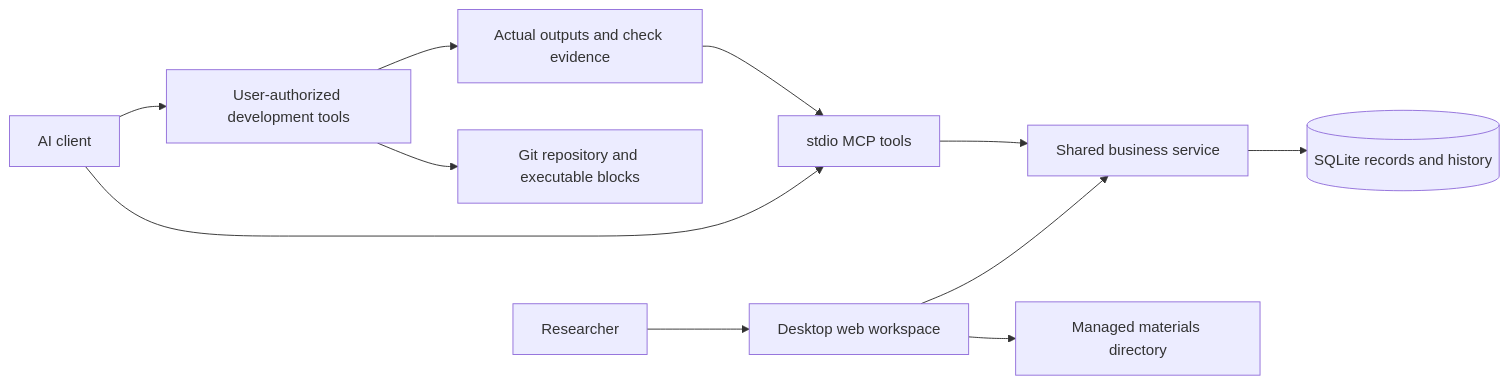
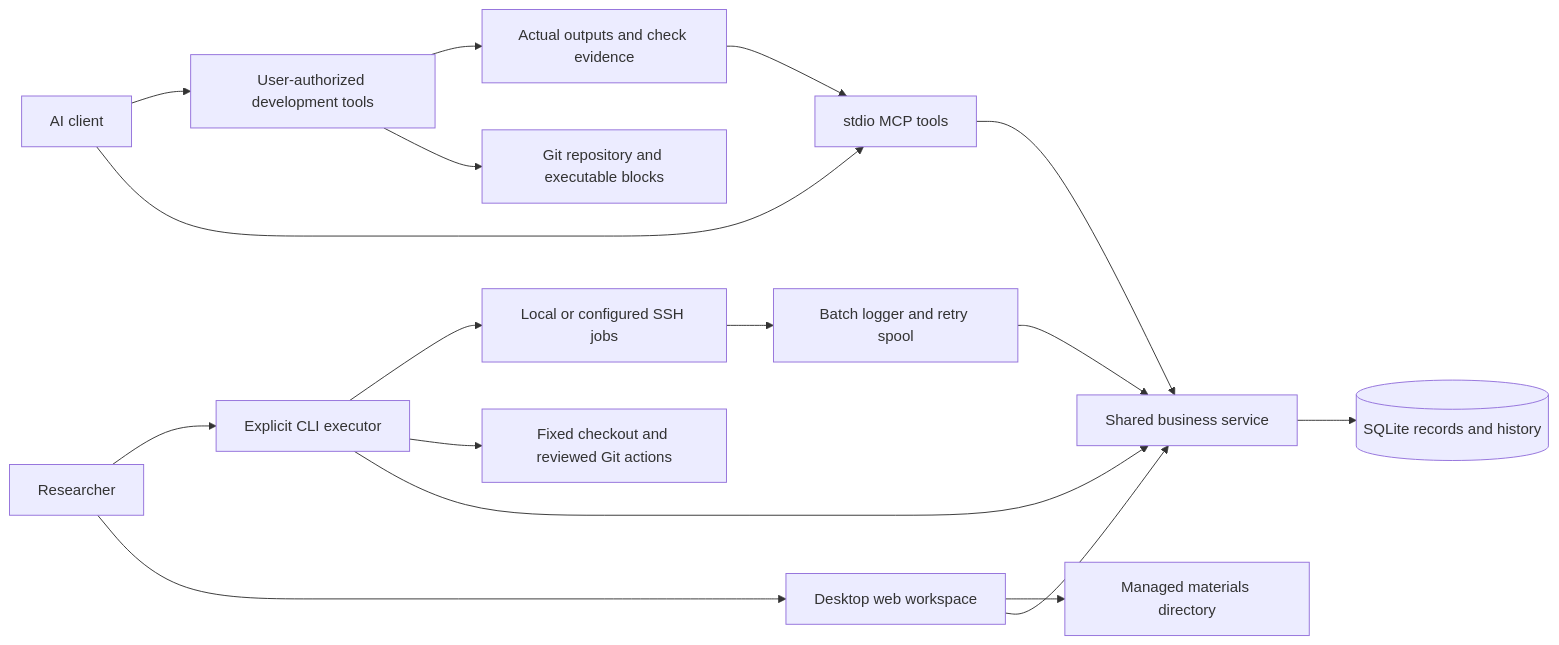
Before and after one commit to BorgDiven/research-workflow-studio: the diagram in docs/architecture.md, drawn with Mermaid. The commit also changed other lines of this file and 75 other files, not shown here.

````diff
--- a/docs/architecture.md
+++ b/docs/architecture.md
@@ -3,13 +3,19 @@
 ```mermaid
 flowchart LR
   Human[Researcher] --> Web[Desktop web workspace]
   AI[AI client] --> MCP[stdio MCP tools]
   Web --> Store[Shared business service]
   MCP --> Store
   Store --> DB[(SQLite records and history)]
   Web --> Materials[Managed materials directory]
   AI --> Dev[User-authorized development tools]
   Dev --> Code[Git repository and executable blocks]
   Dev --> Results[Actual outputs and check evidence]
   Results --> MCP
+  Human --> Runner[Explicit CLI executor]
+  Runner --> Store
+  Runner --> Git[Fixed checkout and reviewed Git actions]
+  Runner --> Jobs[Local or configured SSH jobs]
+  Jobs --> Metrics[Batch logger and retry spool]
+  Metrics --> Store
 ```
````
